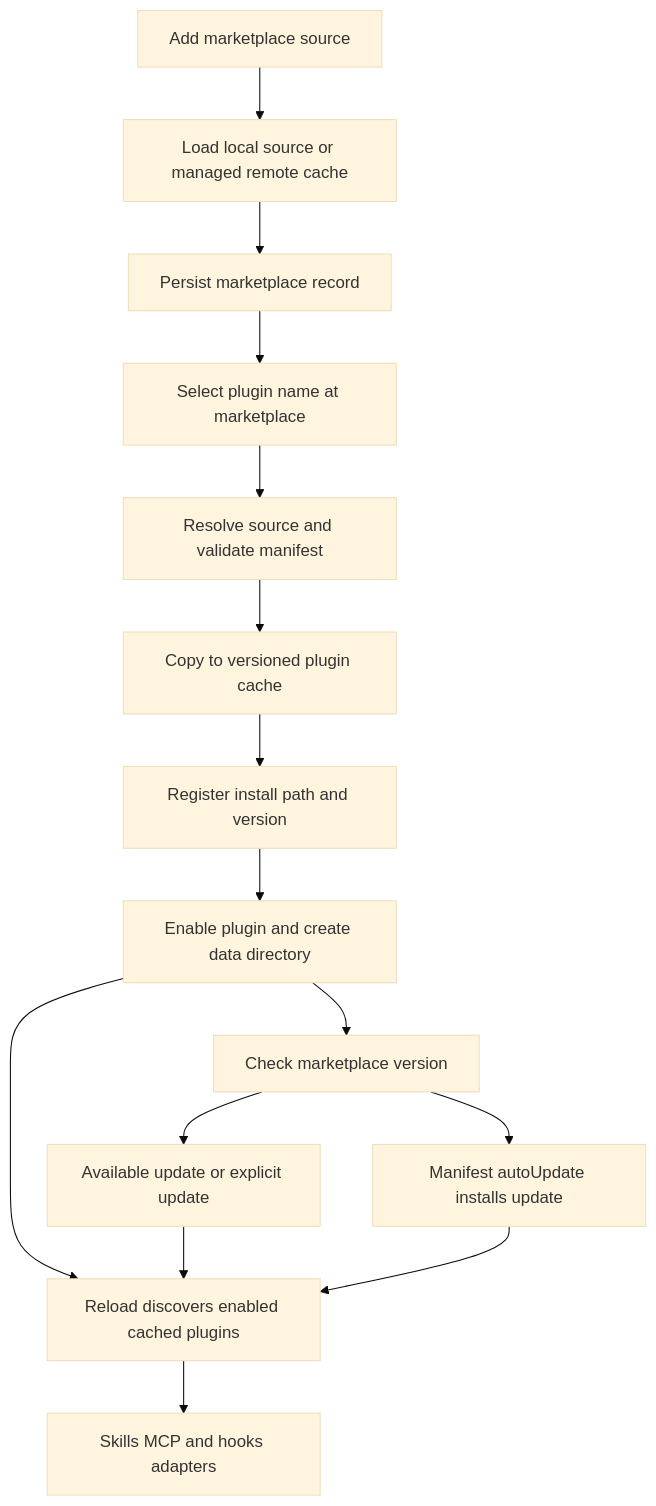
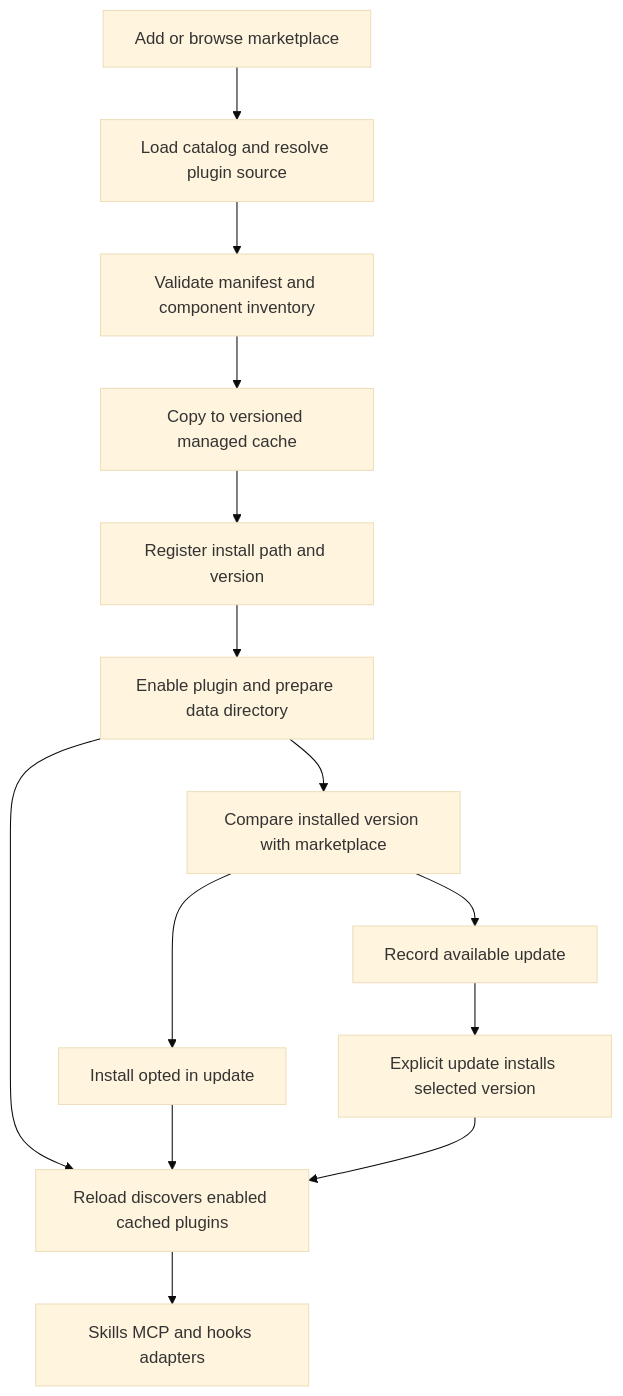
The diagram in openwiki/concepts/plugins.md (langchain-ai/deepagents), drawn with Mermaid (base theme) before and after one commit. The commit also changed other lines of this file and 33 other files, not shown here.

````diff
--- a/openwiki/concepts/plugins.md
+++ b/openwiki/concepts/plugins.md
@@ -47,17 +49,16 @@
 ```mermaid
 flowchart TD
-    Add["Add marketplace source"] --> Materialize["Load local source or managed remote cache"]
-    Materialize --> Record["Persist marketplace record"]
-    Record --> Select["Select plugin name at marketplace"]
-    Select --> Resolve["Resolve source and validate manifest"]
-    Resolve --> Cache["Copy to versioned plugin cache"]
-    Cache --> InstallRecord["Register install path and version"]
-    InstallRecord --> Enabled["Enable plugin and create data directory"]
-    Enabled --> Reload["Reload discovers enabled cached plugins"]
-    Reload --> Components["Skills MCP and hooks adapters"]
-    Enabled --> Check["Check marketplace version"]
-    Check --> Manual["Available update or explicit update"]
-    Check --> OptIn["Manifest autoUpdate installs update"]
-    Manual --> Reload
-    OptIn --> Reload
+    Add["Add or browse marketplace"] --> Catalog["Load catalog and resolve plugin source"]
+    Catalog --> Validate["Validate manifest and component inventory"]
+    Validate --> Cache["Copy to versioned managed cache"]
+    Cache --> Record["Register install path and version"]
+    Record --> Enable["Enable plugin and prepare data directory"]
+    Enable --> Reload["Reload discovers enabled cached plugins"]
+    Reload --> Runtime["Skills MCP and hooks adapters"]
+    Enable --> UpdateCheck["Compare installed version with marketplace"]
+    UpdateCheck --> Available["Record available update"]
+    UpdateCheck --> AutoInstall["Install opted in update"]
+    Available --> Explicit["Explicit update installs selected version"]
+    AutoInstall --> Reload
+    Explicit --> Reload
 ```
````
